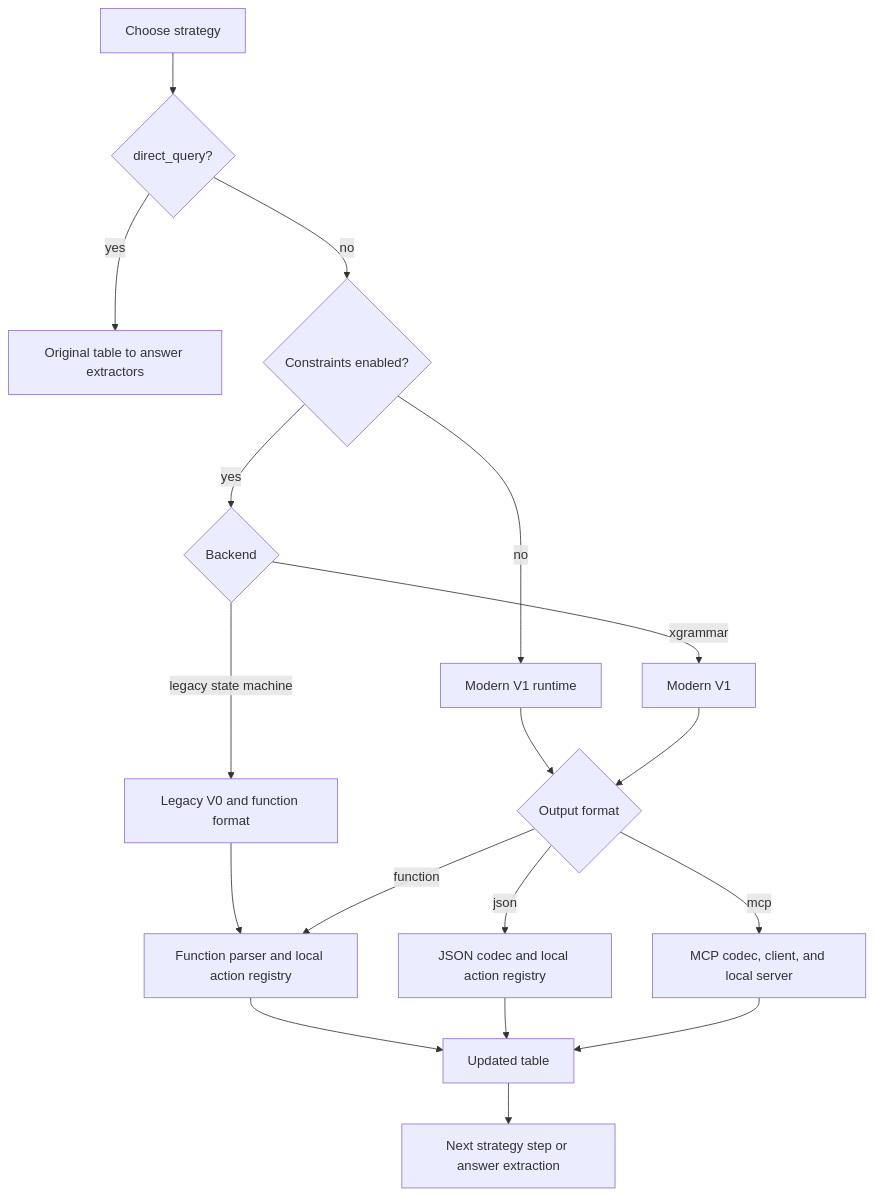
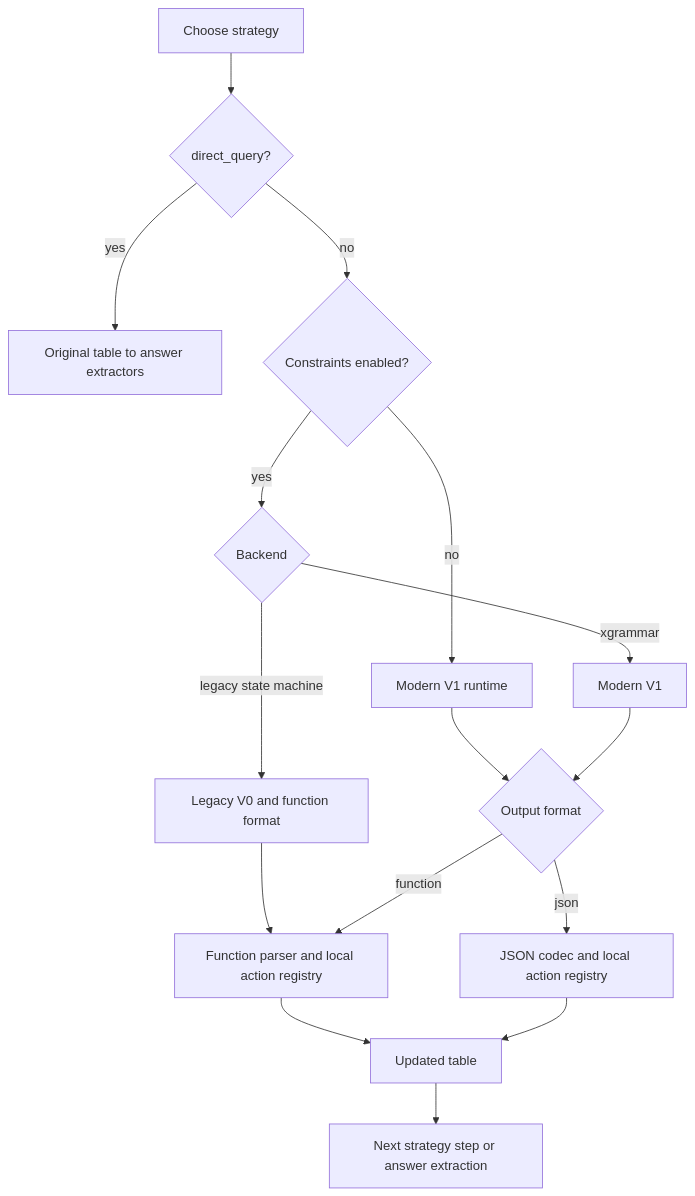
The first of 3 diagrams in docs/project-handover.md (D2IP-TUB/LEAP), drawn with Mermaid before and after one commit. The commit also changed other lines of this file and 34 other files, not shown here.

````diff
--- a/docs/project-handover.md
+++ b/docs/project-handover.md
@@ -68,20 +66,18 @@
 ```mermaid
 flowchart TB
     A[Choose strategy] --> B{direct_query?}
     B -->|yes| C[Original table to answer extractors]
     B -->|no| D{Constraints enabled?}
     D -->|no| E[Modern V1 runtime]
     D -->|yes| F{Backend}
     F -->|legacy state machine| G[Legacy V0 and function format]
     F -->|xgrammar| H[Modern V1]
     E --> I{Output format}
     H --> I
     G --> J[Function parser and local action registry]
     I -->|function| J
     I -->|json| K[JSON codec and local action registry]
-    I -->|mcp| L[MCP codec, client, and local server]
     J --> M[Updated table]
     K --> M
-    L --> M
     M --> N[Next strategy step or answer extraction]
 ```
````
